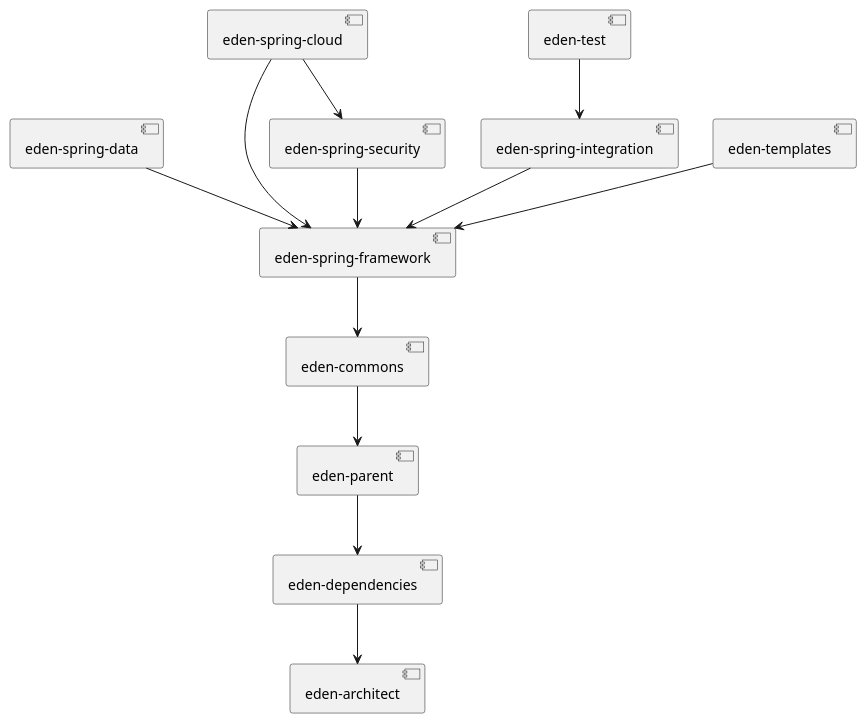
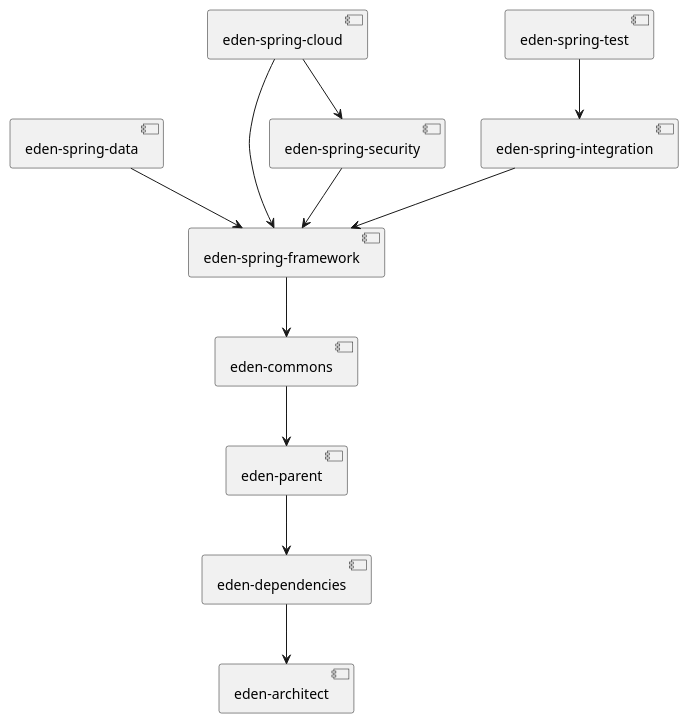
The diagram in src/docs/uml/component.puml (shiyindaxiaojie/eden-architect), drawn with PlantUML before and after one commit. The commit also changed 551 other files, not shown here.

```diff
--- a/src/docs/uml/component.puml
+++ b/src/docs/uml/component.puml
@@ -1,13 +1,14 @@
 @startuml
+
 [eden-dependencies] --> [eden-architect]
 [eden-parent] --> [eden-dependencies]
 [eden-commons] --> [eden-parent]
 [eden-spring-framework] --> [eden-commons]
 [eden-spring-data] --> [eden-spring-framework]
 [eden-spring-security] --> [eden-spring-framework]
 [eden-spring-integration] --> [eden-spring-framework]
-[eden-test] --> [eden-spring-integration]
+[eden-spring-test] --> [eden-spring-integration]
 [eden-spring-cloud] --> [eden-spring-framework]
 [eden-spring-cloud] --> [eden-spring-security]
-[eden-templates] --> [eden-spring-framework]
+
 @enduml
```
